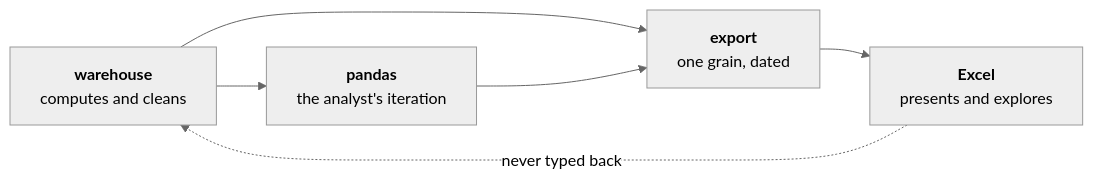
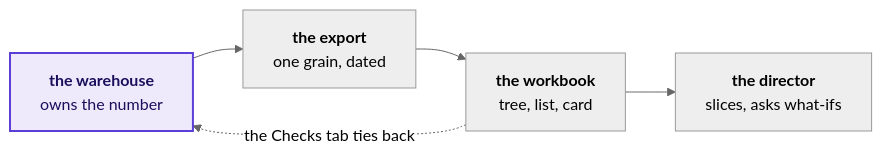
One commit to fde-academy-lab/c2-content-factory changed the first of 9 diagrams in content/W02/D5/whiteboards/C2_W02_D05_board_STUDENT.md. Above: the diagram before and after it, drawn with Mermaid (neutral theme). The commit also changed other lines of this file and 4 other files, not shown here.

````diff
--- a/content/W02/D5/whiteboards/C2_W02_D05_board_STUDENT.md
+++ b/content/W02/D5/whiteboards/C2_W02_D05_board_STUDENT.md
@@ -12,8 +13,9 @@
 ```mermaid
 flowchart LR
-    W["<b>warehouse</b><br/>computes and cleans"] --> P["<b>pandas</b><br/>the analyst's iteration"]
-    W --> X["<b>export</b><br/>one grain, dated"]
-    P --> X
-    X --> E["<b>Excel</b><br/>presents and explores"]
-    E -.->|"never typed back"| W
+    W["<b>the warehouse</b><br/>owns the number"] --> E["<b>the export</b><br/>one grain, dated"]
+    E --> X["<b>the workbook</b><br/>tree, list, card"]
+    X --> D["<b>the director</b><br/>slices, asks what-ifs"]
+    X -.->|"the Checks tab ties back"| W
+    classDef known fill:#EEEAFB,stroke:#5B3FD6,color:#1A0F5C,stroke-width:2px
+    class W known
 ```
````
